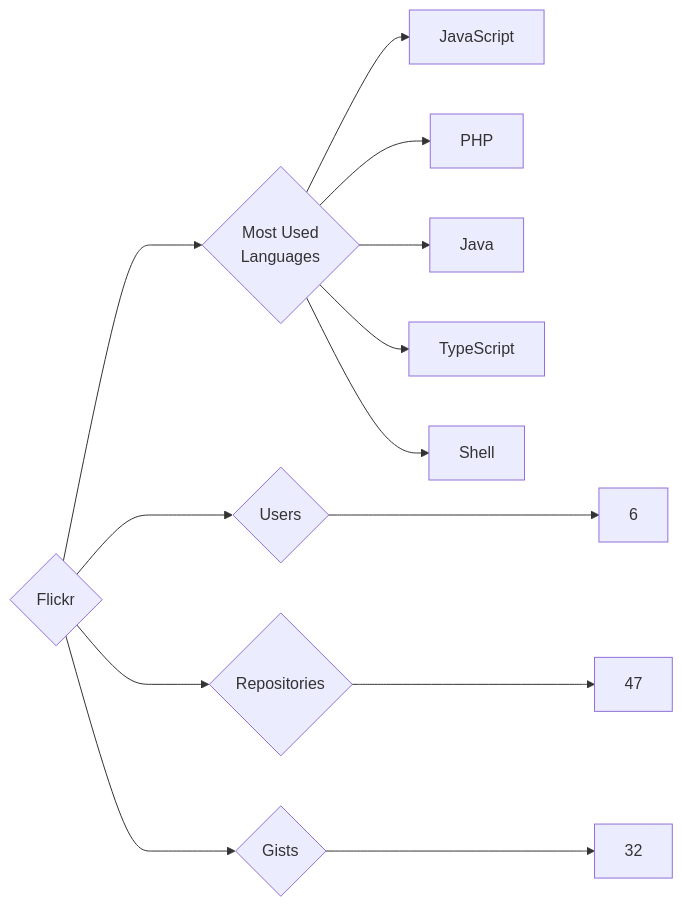
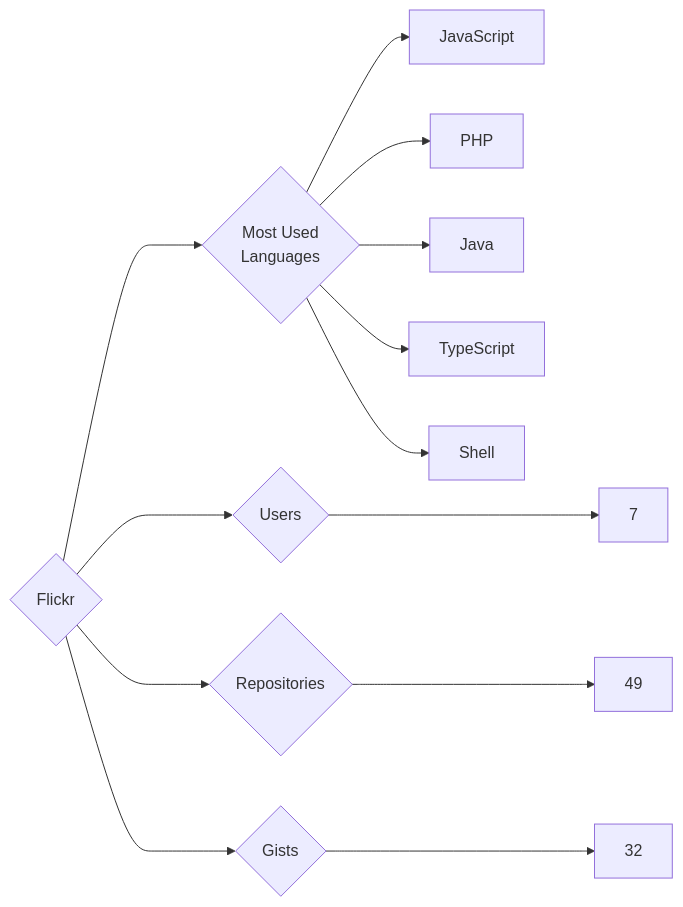
The diagram in targets/Flickr/README.md (trickest/insiders), drawn with Mermaid before and after one commit. The commit also changed 912 other files, not shown here.

````diff
--- a/targets/Flickr/README.md
+++ b/targets/Flickr/README.md
@@ -3,13 +3,13 @@
 ```mermaid
 graph LR
 COMPANY_NAME{Flickr}
-COMPANY_NAME ---> U{Users} ---> UN[6]
-COMPANY_NAME ---> R{Repositories} ---> RN[47]
+COMPANY_NAME ---> U{Users} ---> UN[7]
+COMPANY_NAME ---> R{Repositories} ---> RN[49]
 COMPANY_NAME ---> G{Gists} ---> GN[32]
 COMPANY_NAME ---> ML{Most Used<br>Languages}
 ML --> JavaScript[JavaScript]
 ML --> PHP[PHP]
 ML --> Java[Java]
 ML --> TypeScript[TypeScript]
 ML --> Shell[Shell]
 ```
````
